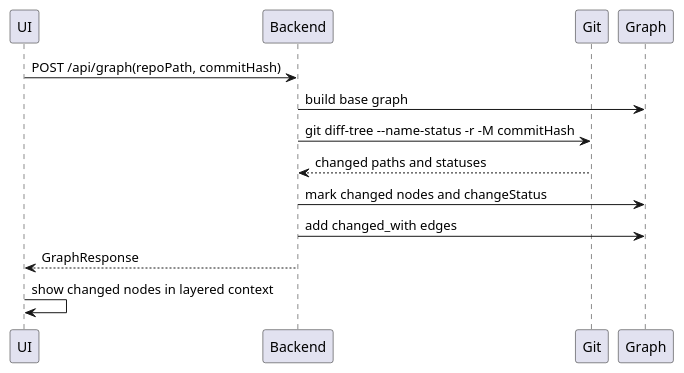
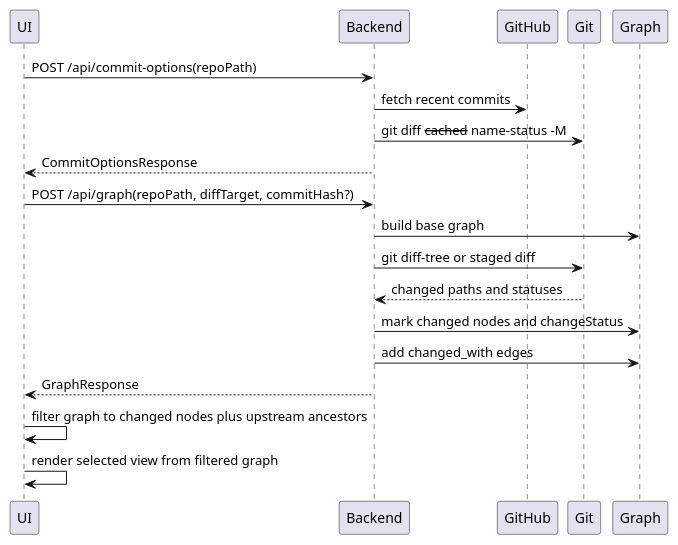
One commit to apoorvkul/HilBridge changed the diagram in spec/flows/Visualize_Commit_Changes.md. Above: the diagram before and after it, drawn with PlantUML. The commit also changed other lines of this file and 35 other files, not shown here.

````diff
--- a/spec/flows/Visualize_Commit_Changes.md
+++ b/spec/flows/Visualize_Commit_Changes.md
@@ -5,17 +5,23 @@
 ```plantuml
 @startuml
 participant UI
 participant Backend
+participant GitHub
 participant Git
 participant Graph
 
-UI -> Backend: POST /api/graph(repoPath, commitHash)
+UI -> Backend: POST /api/commit-options(repoPath)
+Backend -> GitHub: fetch recent commits
+Backend -> Git: git diff --cached --name-status -M
+Backend --> UI: CommitOptionsResponse
+UI -> Backend: POST /api/graph(repoPath, diffTarget, commitHash?)
 Backend -> Graph: build base graph
-Backend -> Git: git diff-tree --name-status -r -M commitHash
+Backend -> Git: git diff-tree or staged diff
 Git --> Backend: changed paths and statuses
 Backend -> Graph: mark changed nodes and changeStatus
 Backend -> Graph: add changed_with edges
 Backend --> UI: GraphResponse
-UI -> UI: show changed nodes in layered context
+UI -> UI: filter graph to changed nodes plus upstream ancestors
+UI -> UI: render selected view from filtered graph
 @enduml
 ```
````
